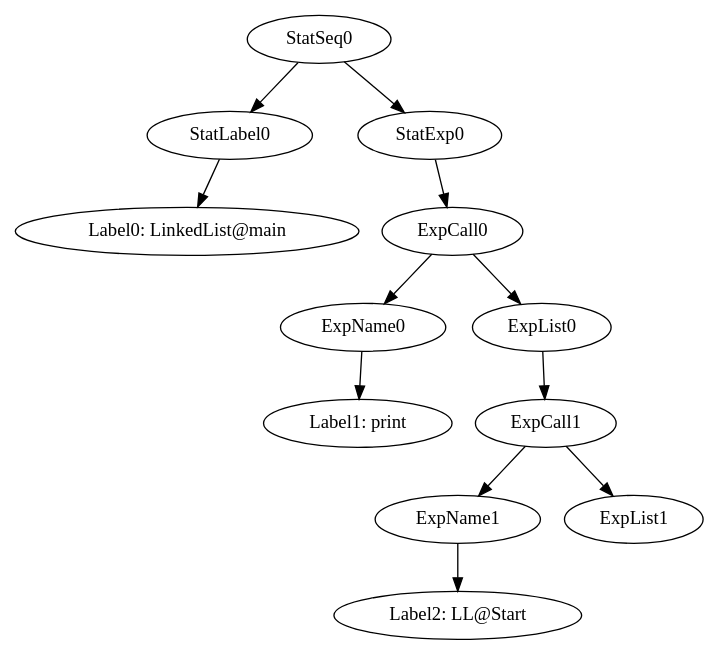
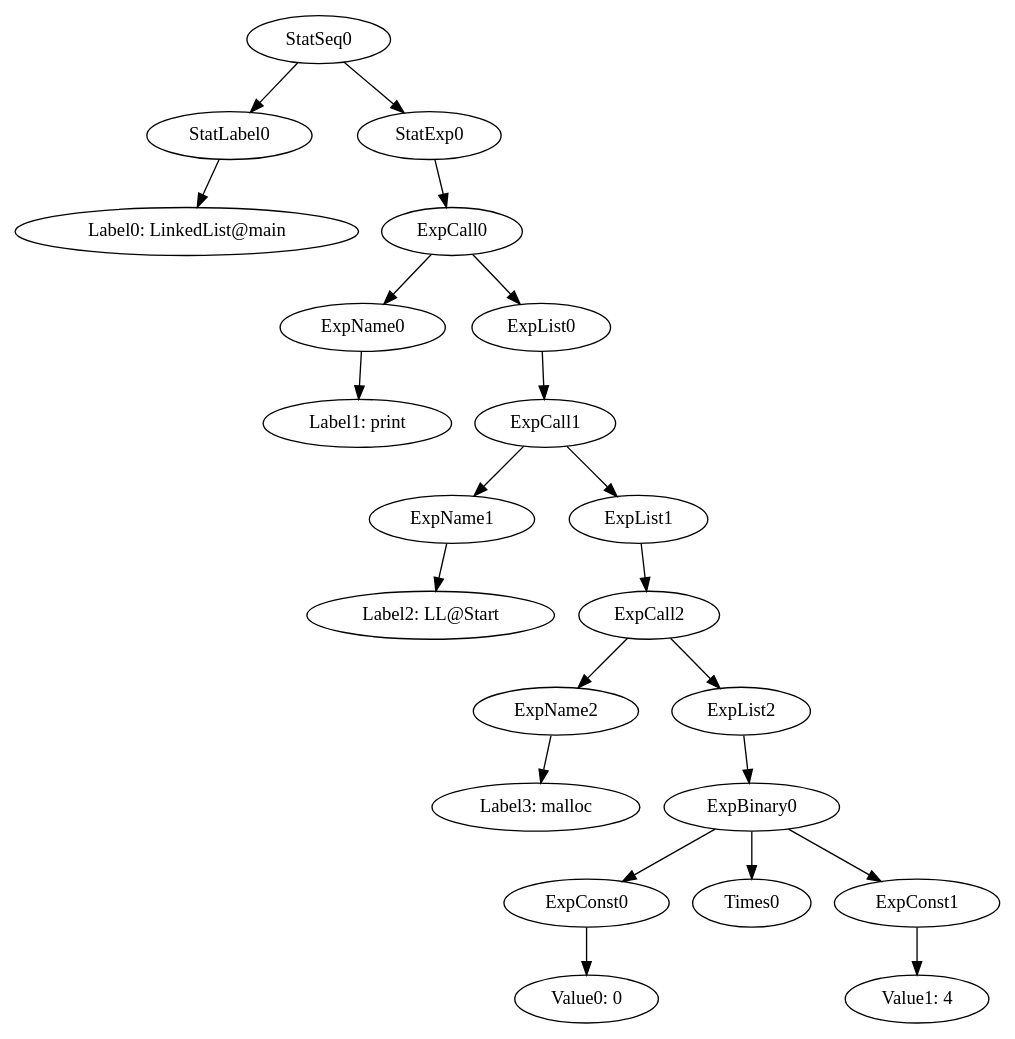
One commit to team-compilers/compilers changed the diagram in MiniJava/results/SamplesCorrect/LinkedList/irt_LinkedList@main.gv. Above: the diagram before and after it, drawn with Graphviz. The commit also changed 371 other files, not shown here.

```diff
--- a/MiniJava/results/SamplesCorrect/LinkedList/irt_LinkedList@main.gv
+++ b/MiniJava/results/SamplesCorrect/LinkedList/irt_LinkedList@main.gv
@@ -1,14 +1,24 @@
 digraph {
 	ordering = out;
+	StatExp0 -> ExpCall0;
+	ExpList2 -> ExpBinary0;
+	ExpName0 -> "Label1: print";
+	StatSeq0 -> StatLabel0;
+	StatSeq0 -> StatExp0;
+	ExpCall2 -> ExpName2;
+	ExpCall2 -> ExpList2;
+	ExpCall0 -> ExpName0;
+	ExpCall0 -> ExpList0;
+	StatLabel0 -> "Label0: LinkedList@main";
+	ExpConst0 -> "Value0: 0";
+	ExpList1 -> ExpCall2;
+	ExpConst1 -> "Value1: 4";
+	ExpName1 -> "Label2: LL@Start";
 	ExpList0 -> ExpCall1;
 	ExpCall1 -> ExpName1;
 	ExpCall1 -> ExpList1;
-	ExpName1 -> "Label2: LL@Start";
-	StatExp0 -> ExpCall0;
-	StatLabel0 -> "Label0: LinkedList@main";
-	ExpCall0 -> ExpName0;
-	ExpCall0 -> ExpList0;
-	StatSeq0 -> StatLabel0;
-	StatSeq0 -> StatExp0;
-	ExpName0 -> "Label1: print";
+	ExpBinary0 -> ExpConst0;
+	ExpBinary0 -> Times0;
+	ExpBinary0 -> ExpConst1;
+	ExpName2 -> "Label3: malloc";
 }
```
